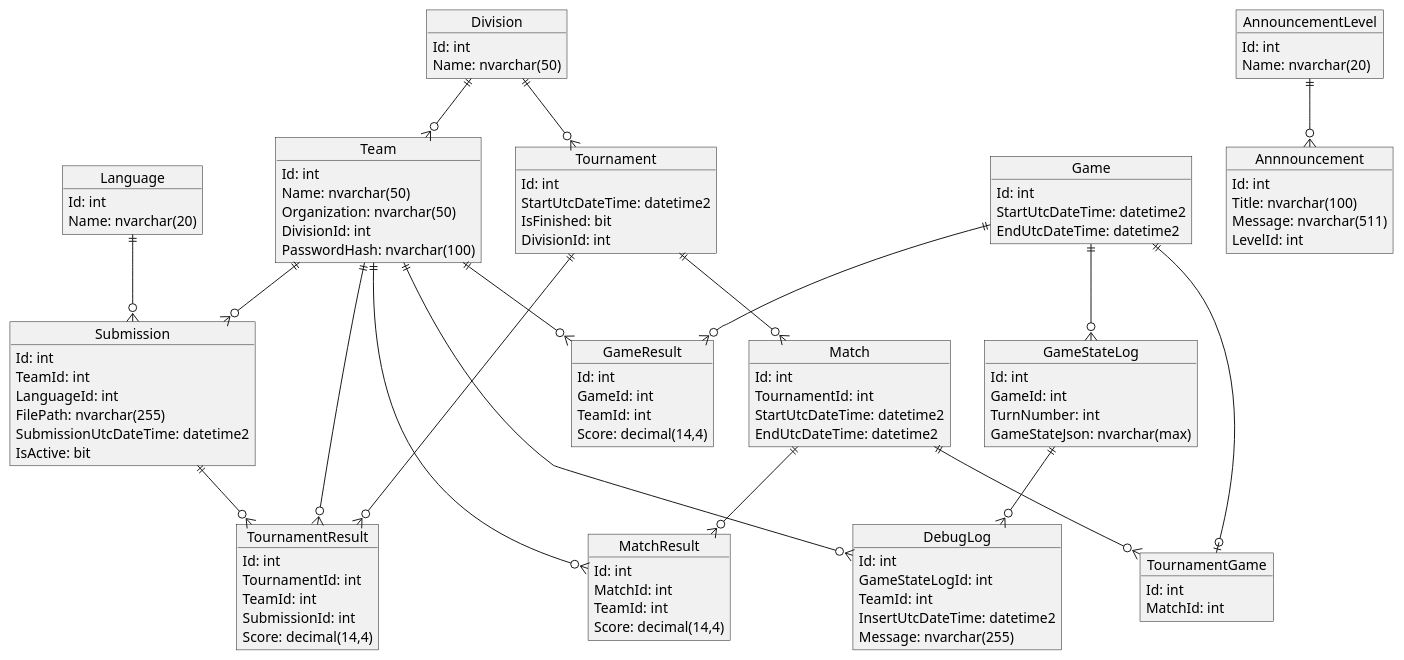
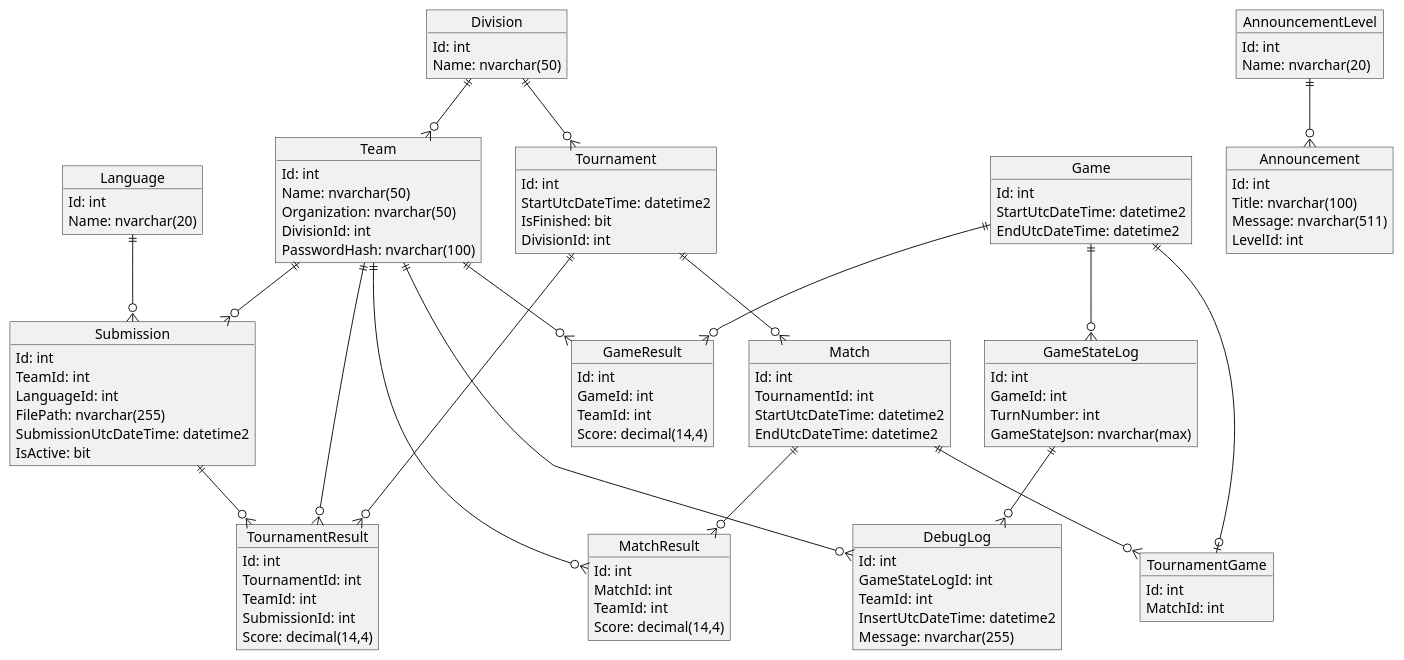
The diagram in Design/Domain Models.md (JeanAEckelberg/BitBattle), drawn with PlantUML before and after one commit.

Commit message:
docs: Annnouncement ==> Announcement

```diff
--- a/Design/Domain Models.md
+++ b/Design/Domain Models.md
@@ -33,7 +33,7 @@
     IsActive: bit
 }
 
-object "Annnouncement" as a {
+object "Announcement" as a {
     Id: int
     Title: nvarchar(100)
     Message: nvarchar(511)
```
